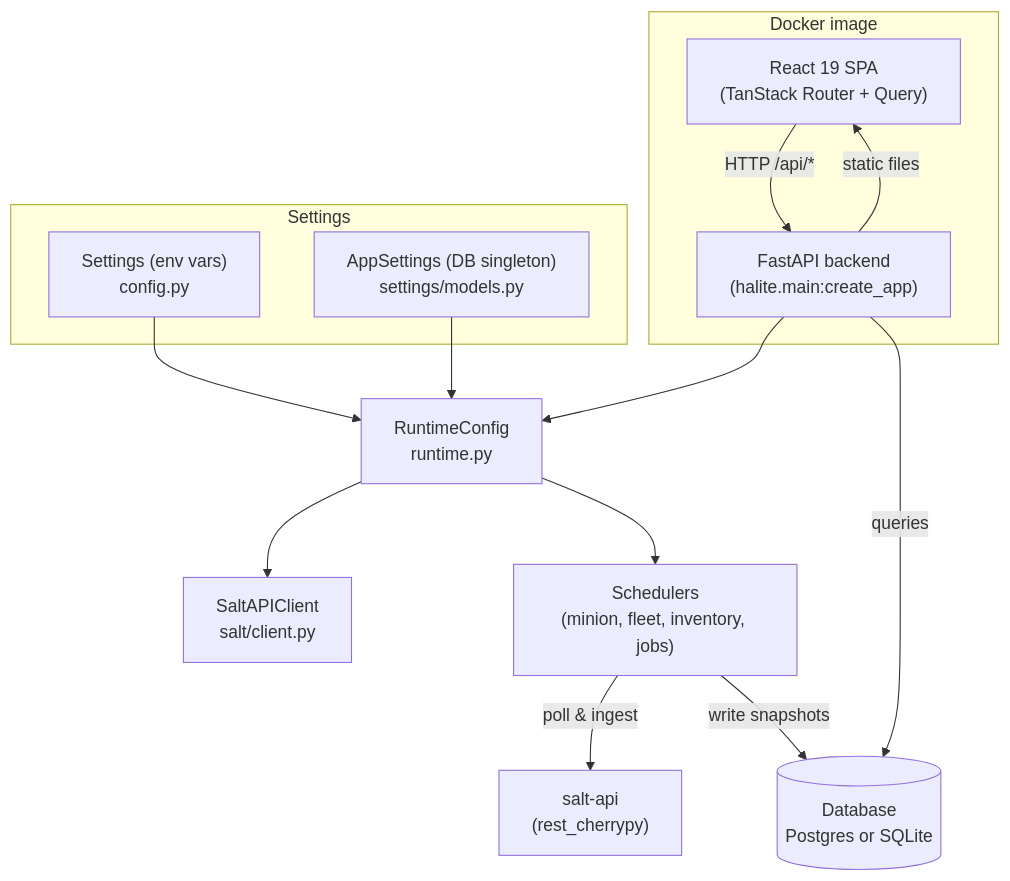
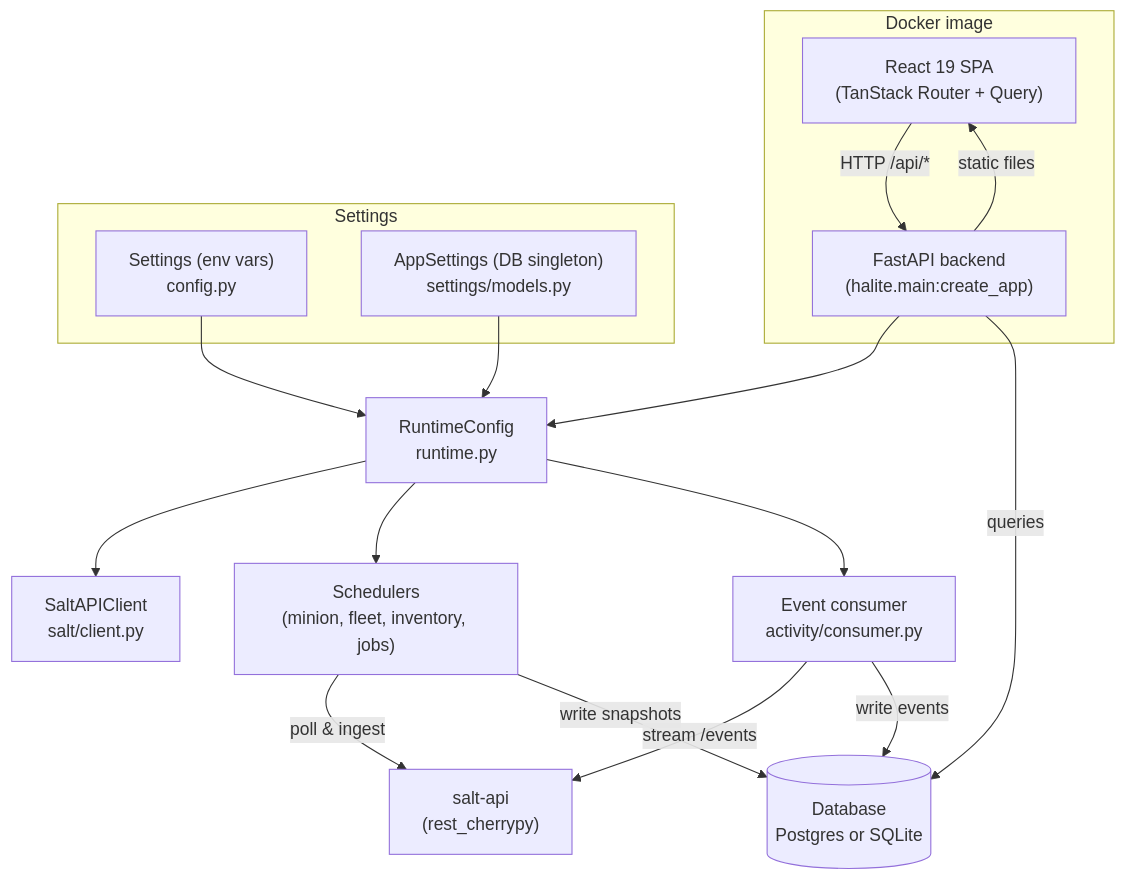
One commit to calebcall/halite changed the diagram in docs/develop/architecture.mdx. Above: the diagram before and after it, drawn with Mermaid. The commit also changed other lines of this file and 2 other files, not shown here.

Commit message:
docs: Update developer documentation for event stream and activity

````diff
--- a/docs/develop/architecture.mdx
+++ b/docs/develop/architecture.mdx
@@ -10,29 +10,33 @@
 ```mermaid
 flowchart TD
     subgraph Image["Docker image"]
         UI["React 19 SPA\n(TanStack Router + Query)"]
         API["FastAPI backend\n(halite.main:create_app)"]
         UI -->|"HTTP /api/*"| API
         API -->|"static files"| UI
     end
 
     subgraph Config["Settings"]
         S["Settings (env vars)\nconfig.py"]
         AS["AppSettings (DB singleton)\nsettings/models.py"]
     end
 
     RT["RuntimeConfig\nruntime.py"]
     SC["SaltAPIClient\nsalt/client.py"]
     SCH["Schedulers\n(minion, fleet, inventory, jobs)"]
+    CON["Event consumer\nactivity/consumer.py"]
     DB[("Database\nPostgres or SQLite")]
     SAPI["salt-api\n(rest_cherrypy)"]
 
     API --> RT
     RT --> SC
     RT --> SCH
+    RT --> CON
     SCH -->|"poll & ingest"| SAPI
     SCH -->|"write snapshots"| DB
+    CON -->|"stream /events"| SAPI
+    CON -->|"write events"| DB
     API -->|"queries"| DB
     S --> RT
     AS --> RT
 ```
````
